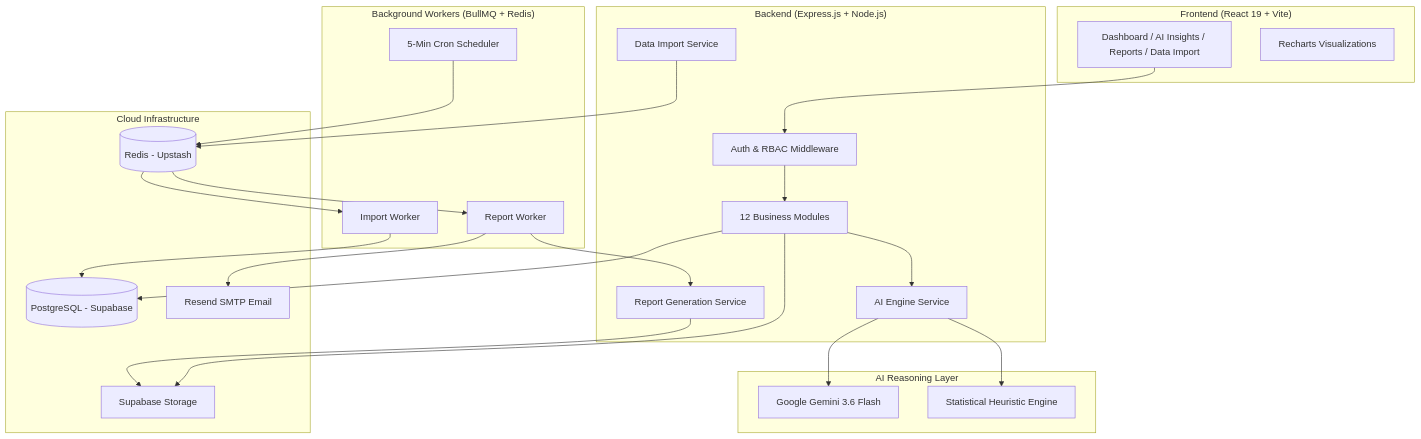
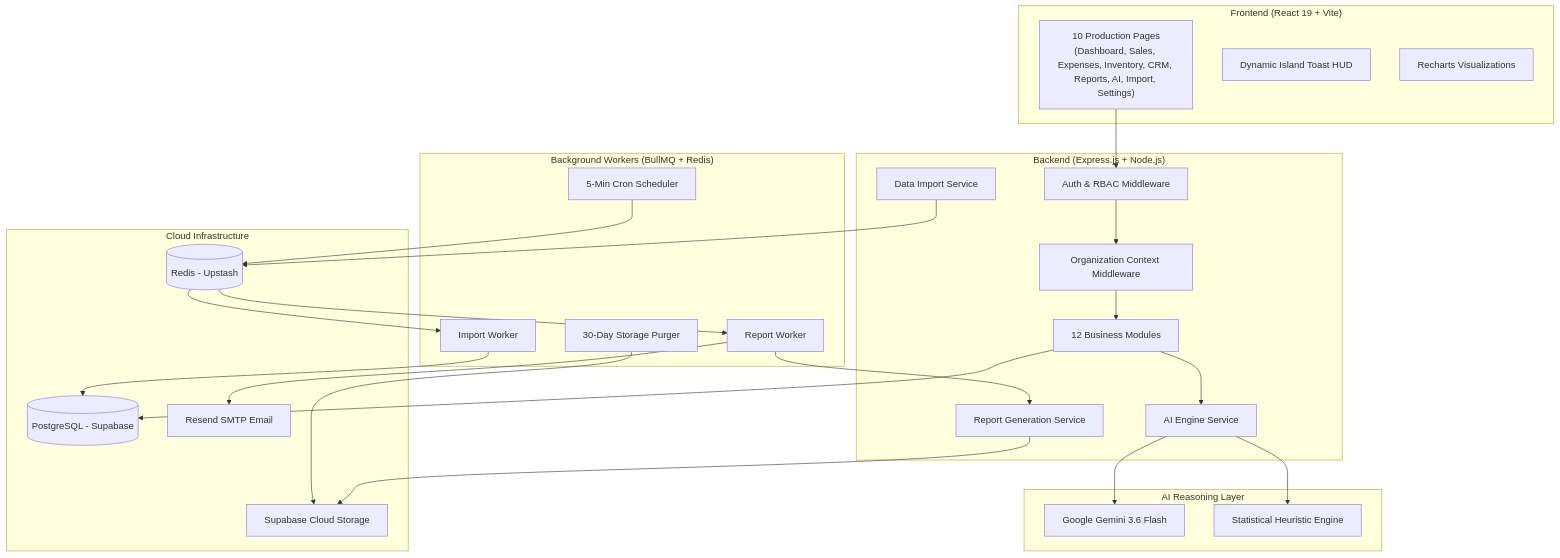
Before and after one commit to souvikx18/DecisionOS: the diagram in README.MD, drawn with Mermaid. The commit also changed other lines of this file and 34 other files, not shown here.

````diff
--- a/README.MD
+++ b/README.MD
@@ -113,44 +115,47 @@
 ```mermaid
 flowchart TD
     subgraph Client["Frontend (React 19 + Vite)"]
-        UI[Dashboard / AI Insights / Reports / Data Import]
-        Charts[Recharts Visualizations]
+        UI["10 Production Pages\n(Dashboard, Sales, Expenses, Inventory, CRM, Reports, AI, Import, Settings)"]
+        Toast["Dynamic Island Toast HUD"]
+        Charts["Recharts Visualizations"]
     end
 
     subgraph API["Backend (Express.js + Node.js)"]
-        Auth[Auth & RBAC Middleware]
-        Modules[12 Business Modules]
-        AIEngine[AI Engine Service]
-        ImportSvc[Data Import Service]
-        ReportSvc[Report Generation Service]
+        Auth["Auth & RBAC Middleware"]
+        Tenant["Organization Context Middleware"]
+        Modules["12 Business Modules"]
+        AIEngine["AI Engine Service"]
+        ImportSvc["Data Import Service"]
+        ReportSvc["Report Generation Service"]
     end
 
     subgraph Workers["Background Workers (BullMQ + Redis)"]
-        ImportWorker[Import Worker]
-        ReportWorker[Report Worker]
-        ReportScheduler[5-Min Cron Scheduler]
+        ImportWorker["Import Worker"]
+        ReportWorker["Report Worker"]
+        ReportScheduler["5-Min Cron Scheduler"]
+        Purger["30-Day Storage Purger"]
     end
 
     subgraph AI["AI Reasoning Layer"]
-        Gemini[Google Gemini 3.6 Flash]
-        Fallback[Statistical Heuristic Engine]
+        Gemini["Google Gemini 3.6 Flash"]
+        Fallback["Statistical Heuristic Engine"]
     end
 
     subgraph Infra["Cloud Infrastructure"]
-        PG[(PostgreSQL - Supabase)]
-        Redis[(Redis - Upstash)]
-        Storage[Supabase Storage]
-        Email[Resend SMTP Email]
+        PG[("PostgreSQL - Supabase")]
+        Redis[("Redis - Upstash")]
+        Storage["Supabase Cloud Storage"]
+        Email["Resend SMTP Email"]
     end
 
-    UI --> Auth --> Modules
+    UI --> Auth --> Tenant --> Modules
     Modules --> PG
     Modules --> AIEngine
     AIEngine --> Gemini
     AIEngine --> Fallback
     ImportSvc --> Redis --> ImportWorker --> PG
     ReportSvc --> Storage
     ReportScheduler --> Redis --> ReportWorker --> ReportSvc
     ReportWorker --> Email
-    Modules --> Storage
+    Purger --> Storage
 ```
````
